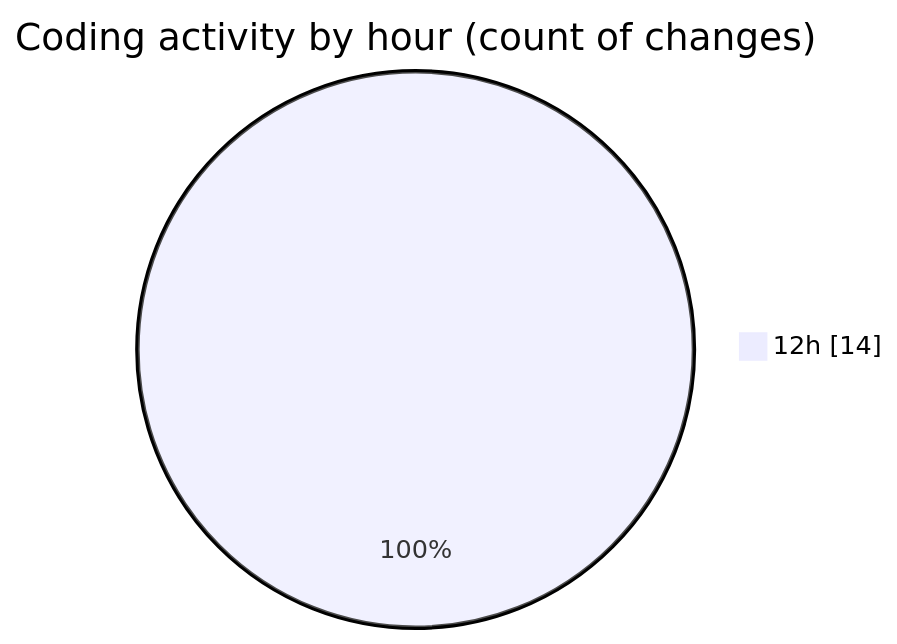
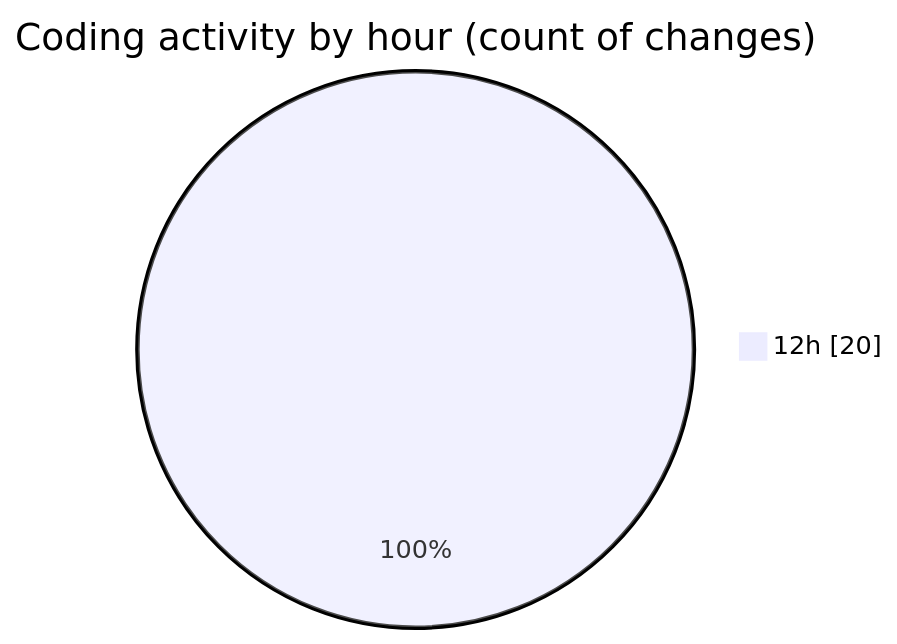
One commit to nxtqubesakshisongat/code-tracking changed the second of 2 diagrams in 2026-06-11/nxtqube_webapp/README.md. Above: the diagram before and after it, drawn with Mermaid. The commit also changed other lines of this file and 1 other file, not shown here.

````diff
--- a/2026-06-11/nxtqube_webapp/README.md
+++ b/2026-06-11/nxtqube_webapp/README.md
@@ -29,5 +29,5 @@
 ```mermaid
 pie showData
 title Coding activity by hour (count of changes)
-"12h" : 14
+"12h" : 20
 ```
````
